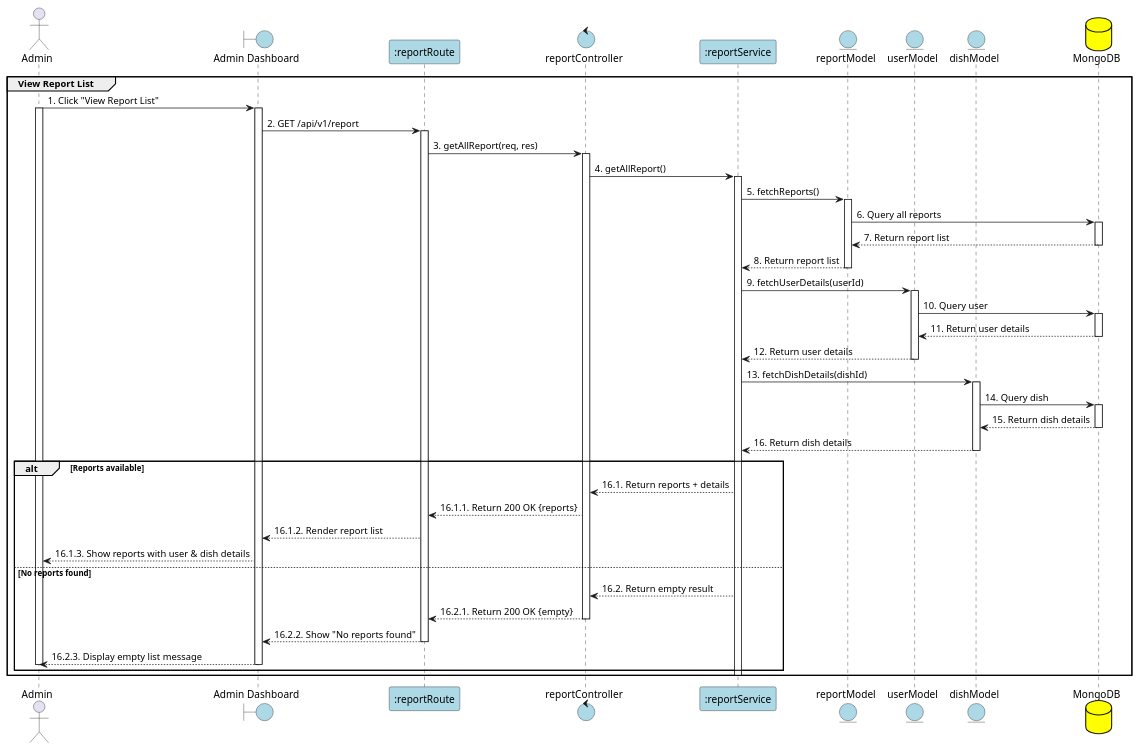
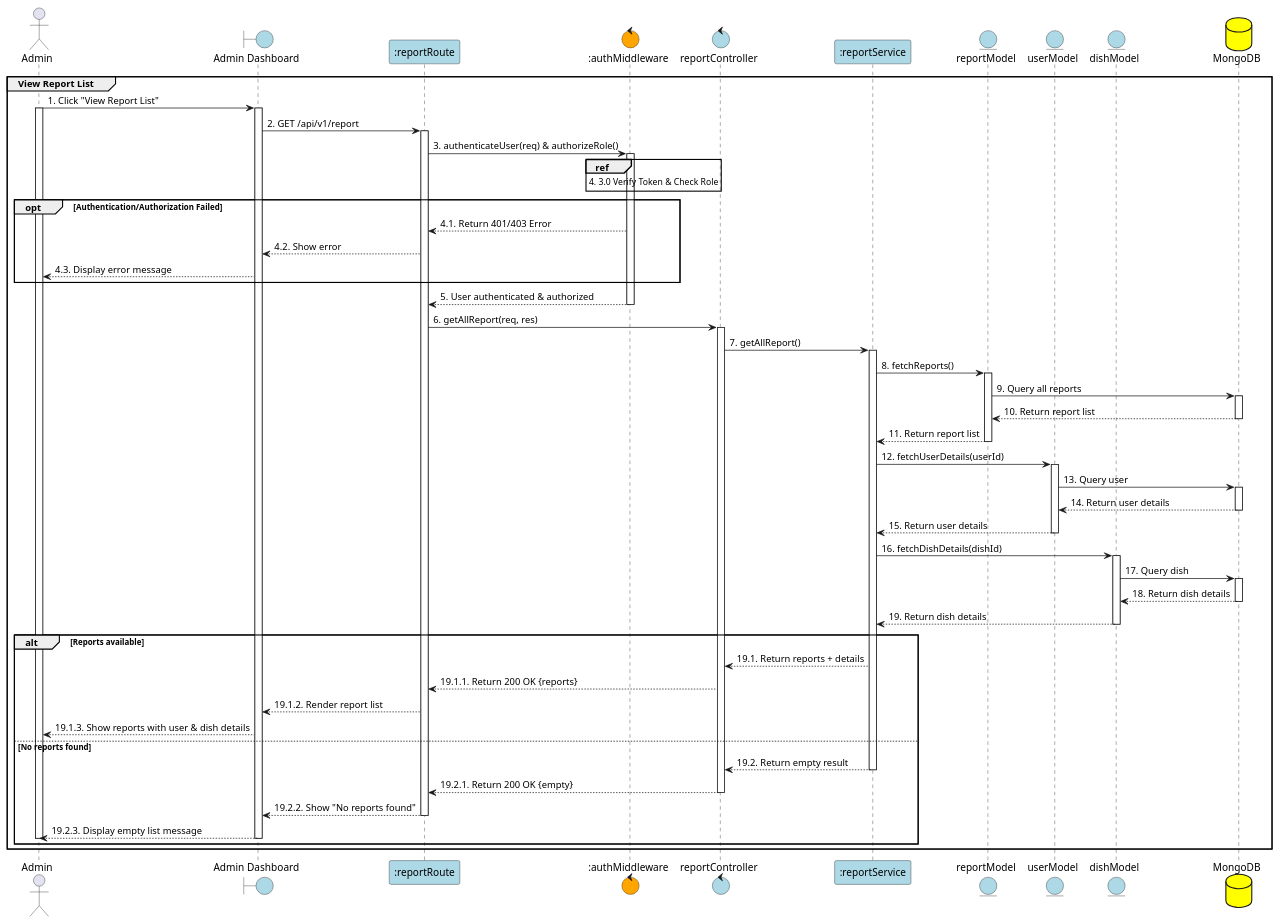
The diagram in PlanUML/49_viewReport.puml (Aohkne/CaloCook), drawn with PlantUML before and after one commit. The commit also changed 18 other files, not shown here.

```diff
--- a/PlanUML/49_viewReport.puml
+++ b/PlanUML/49_viewReport.puml
@@ -1,76 +1,90 @@
 @startuml ViewReportList
 
 actor Admin
 boundary "Admin Dashboard" as View #lightblue
 participant ":reportRoute" as Route #lightblue
+control ":authMiddleware" as Auth #Orange
 control "reportController" as Controller #lightblue
 participant ":reportService" as Service #lightblue
 entity "reportModel" as Model #lightblue
 entity "userModel" as User #lightblue
 entity "dishModel" as Dish #lightblue
 database "MongoDB" as MongoDB #yellow
 
 group View Report List
 Admin -> View: 1. Click "View Report List"
 activate Admin
 activate View
 
 View -> Route: 2. GET /api/v1/report
 activate Route
 
-Route -> Controller: 3. getAllReport(req, res)
+Route -> Auth: 3. authenticateUser(req) & authorizeRole()
+activate Auth
+ref over Auth : 4. 3.0 Verify Token & Check Role
+
+opt Authentication/Authorization Failed
+    Auth --> Route: 4.1. Return 401/403 Error
+    Route --> View: 4.2. Show error
+    View --> Admin: 4.3. Display error message
+end
+Auth --> Route: 5. User authenticated & authorized
+deactivate Auth
+
+Route -> Controller: 6. getAllReport(req, res)
 activate Controller
 
-Controller -> Service: 4. getAllReport()
+Controller -> Service: 7. getAllReport()
 activate Service
 
-Service -> Model: 5. fetchReports()
+Service -> Model: 8. fetchReports()
 activate Model
-Model -> MongoDB: 6. Query all reports
+Model -> MongoDB: 9. Query all reports
 activate MongoDB
-MongoDB --> Model: 7. Return report list
+MongoDB --> Model: 10. Return report list
 deactivate MongoDB
-Model --> Service: 8. Return report list
+Model --> Service: 11. Return report list
 deactivate Model
 
-Service -> User: 9. fetchUserDetails(userId)
+Service -> User: 12. fetchUserDetails(userId)
 activate User
-User -> MongoDB: 10. Query user
+User -> MongoDB: 13. Query user
 activate MongoDB
-MongoDB --> User: 11. Return user details
+MongoDB --> User: 14. Return user details
 deactivate MongoDB
-User --> Service: 12. Return user details
+User --> Service: 15. Return user details
 deactivate User
 
-Service -> Dish: 13. fetchDishDetails(dishId)
+Service -> Dish: 16. fetchDishDetails(dishId)
 activate Dish
-Dish -> MongoDB: 14. Query dish
+Dish -> MongoDB: 17. Query dish
 activate MongoDB
-MongoDB --> Dish: 15. Return dish details
+MongoDB --> Dish: 18. Return dish details
 deactivate MongoDB
-Dish --> Service: 16. Return dish details
+Dish --> Service: 19. Return dish details
 deactivate Dish
 
 alt Reports available
-    Service --> Controller: 16.1. Return reports + details
-    Controller --> Route: 16.1.1. Return 200 OK {reports}
-    Route --> View: 16.1.2. Render report list
-    View --> Admin: 16.1.3. Show reports with user & dish details
+    Service --> Controller: 19.1. Return reports + details
+    Controller --> Route: 19.1.1. Return 200 OK {reports}
+    Route --> View: 19.1.2. Render report list
+    View --> Admin: 19.1.3. Show reports with user & dish details
 else No reports found
-    Service --> Controller: 16.2. Return empty result
-    Controller --> Route: 16.2.1. Return 200 OK {empty}
+    Service --> Controller: 19.2. Return empty result
+    deactivate Service
+    Controller --> Route: 19.2.1. Return 200 OK {empty}
     deactivate Controller
-    Route --> View: 16.2.2. Show "No reports found"
+    Route --> View: 19.2.2. Show "No reports found"
     deactivate Route
-    View --> Admin: 16.2.3. Display empty list message
+    View --> Admin: 19.2.3. Display empty list message
     deactivate View
     deactivate Admin
 end
 
 deactivate Service
 deactivate Controller
 deactivate Route
 deactivate View
 deactivate Admin
 end
 @enduml
```
